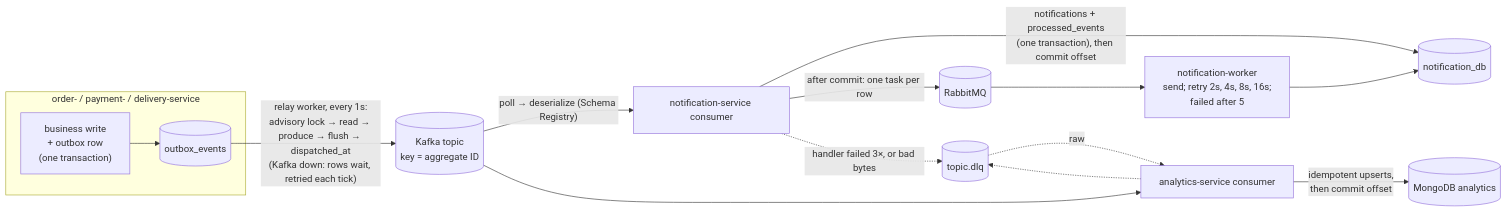
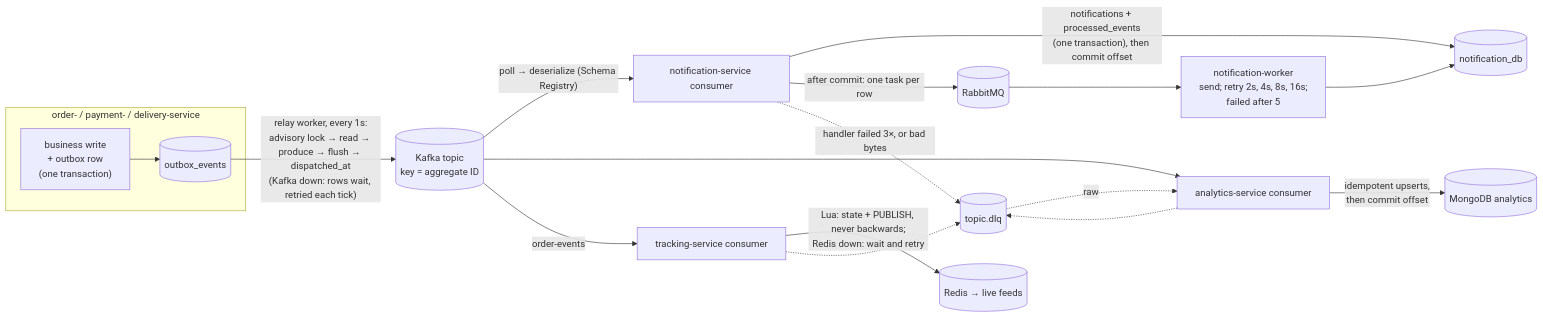
Diagram 11 of 27 in docs/diagrams.md (umer-emumba/smartfoodops-ms), drawn with Mermaid before and after one commit. The commit also changed other lines of this file and 18 other files, not shown here.

````diff
--- a/docs/diagrams.md
+++ b/docs/diagrams.md
@@ -298,17 +315,20 @@
 ```mermaid
 flowchart LR
     subgraph producer["order- / payment- / delivery-service"]
         W["business write<br/>+ outbox row<br/>(one transaction)"] --> OB[(outbox_events)]
     end
     OB -->|"relay worker, every 1s:<br/>advisory lock → read → produce → flush → dispatched_at<br/>(Kafka down: rows wait, retried each tick)"| K[("Kafka topic<br/>key = aggregate ID")]
     K -->|"poll → deserialize (Schema Registry)"| NC["notification-service consumer"]
     K --> AC["analytics-service consumer"]
+    K -->|"order-events"| TC["tracking-service consumer"]
+    TC -->|"Lua: state + PUBLISH, never backwards;<br/>Redis down: wait and retry"| RDS[(Redis → live feeds)]
     NC -->|"notifications + processed_events<br/>(one transaction), then commit offset"| NDB[(notification_db)]
     NC -->|"after commit: one task per row"| MQ[(RabbitMQ)]
     MQ --> NW["notification-worker<br/>send; retry 2s, 4s, 8s, 16s;<br/>failed after 5"]
     NW --> NDB
     AC -->|"idempotent upserts,<br/>then commit offset"| M[(MongoDB analytics)]
     NC -.->|"handler failed 3×, or bad bytes"| DLQ[("topic.dlq")]
     AC -.-> DLQ
+    TC -.-> DLQ
     DLQ -.->|raw| AC
 ```
````
